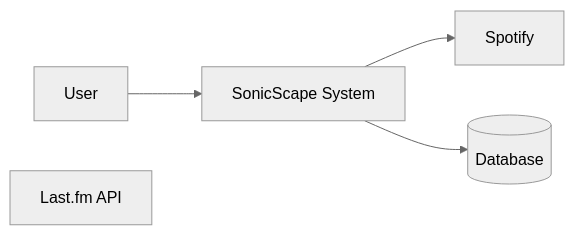
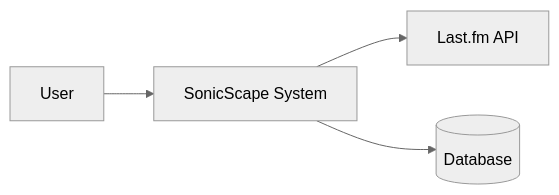
The diagram in docs/design/system_context.md (vibhorbh/CPSC490-G17-SonicScape), drawn with Mermaid (neutral theme) before and after one commit.

````diff
--- a/docs/design/system_context.md
+++ b/docs/design/system_context.md
@@ -6,11 +6,11 @@
 ```mermaid
 graph LR
     User[User]
     SonicScape[SonicScape System]
     Last.fm[Last.fm API]
     Database[(Database)]
 
     User --> SonicScape
-    SonicScape --> Spotify
+    SonicScape --> Last.fm
     SonicScape --> Database
 ```
````
